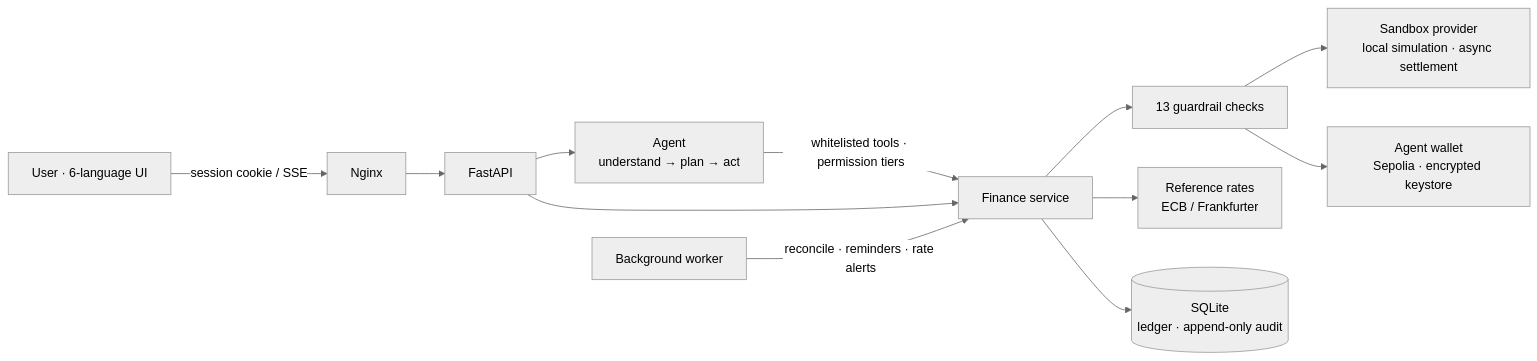
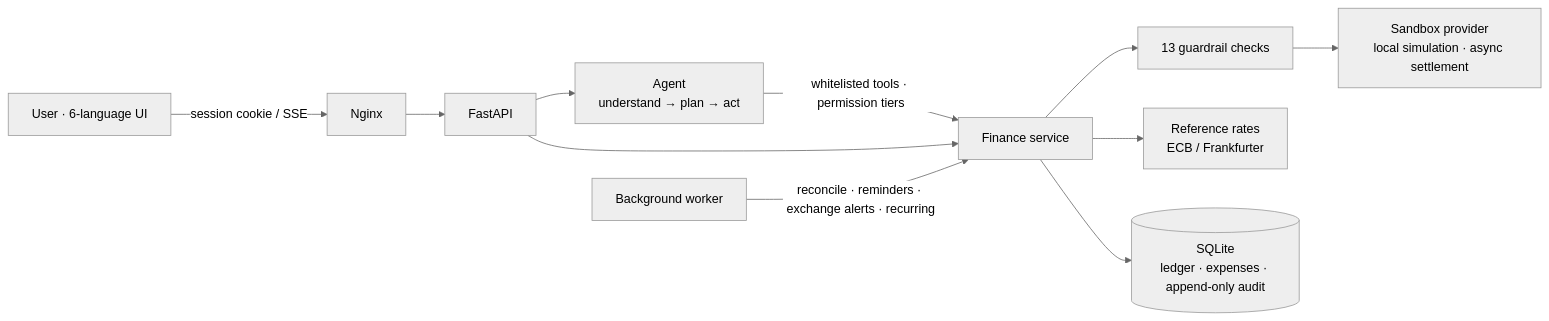
The diagram in README.md (ytan0008/dot-remittance-agent), drawn with Mermaid (neutral theme) before and after one commit. The commit also changed other lines of this file and 33 other files, not shown here.

First line of the commit message:
Add spending tracker and exchange reminders; pause on-chain payments

````diff
--- a/README.md
+++ b/README.md
@@ -104,14 +107,13 @@
 ```mermaid
 flowchart LR
     U[User · 6-language UI] -->|session cookie / SSE| N[Nginx]
     N --> API[FastAPI]
     API --> AG[Agent<br/>understand → plan → act]
     AG -->|whitelisted tools · permission tiers| S[Finance service]
     API --> S
     S --> G[13 guardrail checks]
     G --> SB[Sandbox provider<br/>local simulation · async settlement]
-    G --> EVM[Agent wallet<br/>Sepolia · encrypted keystore]
     S --> R[Reference rates<br/>ECB / Frankfurter]
-    S --> DB[(SQLite<br/>ledger · append-only audit)]
-    W[Background worker] -->|reconcile · reminders · rate alerts| S
+    S --> DB[(SQLite<br/>ledger · expenses · append-only audit)]
+    W[Background worker] -->|reconcile · reminders · exchange alerts · recurring| S
 ```
````
